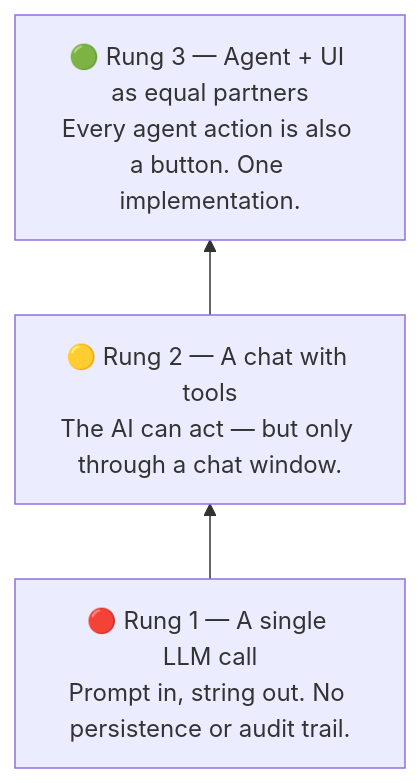
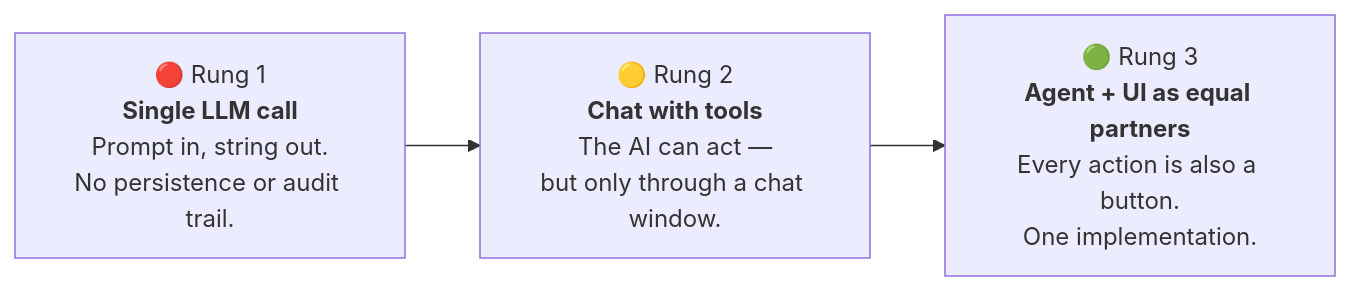
One commit to BuilderIO/agent-native changed the diagram in packages/core/docs/content/what-is-agent-native.mdx. Above: the diagram before and after it, drawn with Mermaid.

Commit message:
Make ladder diagram horizontal and fix text overflow
Switch graph BT to graph LR for horizontal layout. Break labels into
shorter lines with explicit <br/> splits so text stays inside the nodes.

````diff
--- a/packages/core/docs/content/what-is-agent-native.mdx
+++ b/packages/core/docs/content/what-is-agent-native.mdx
@@ -52,7 +52,7 @@
 ```mermaid
-graph BT
-  R1["🔴 Rung 1 — A single LLM call<br/>Prompt in, string out. No persistence or audit trail."]
-  R2["🟡 Rung 2 — A chat with tools<br/>The AI can act — but only through a chat window."]
-  R3["🟢 Rung 3 — Agent + UI as equal partners<br/>Every agent action is also a button. One implementation."]
+graph LR
+  R1["🔴 Rung 1<br/><b>Single LLM call</b><br/>Prompt in, string out.<br/>No persistence or audit trail."]
+  R2["🟡 Rung 2<br/><b>Chat with tools</b><br/>The AI can act —<br/>but only through a chat window."]
+  R3["🟢 Rung 3<br/><b>Agent + UI as equal partners</b><br/>Every action is also a button.<br/>One implementation."]
   R1 --> R2 --> R3
 ```
````
